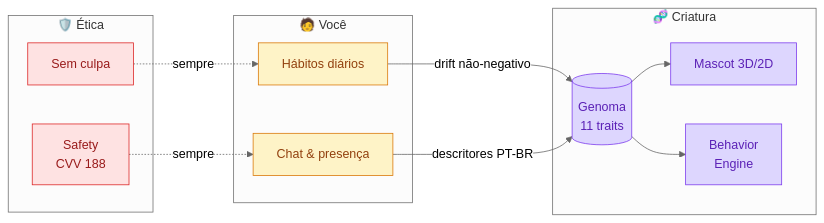
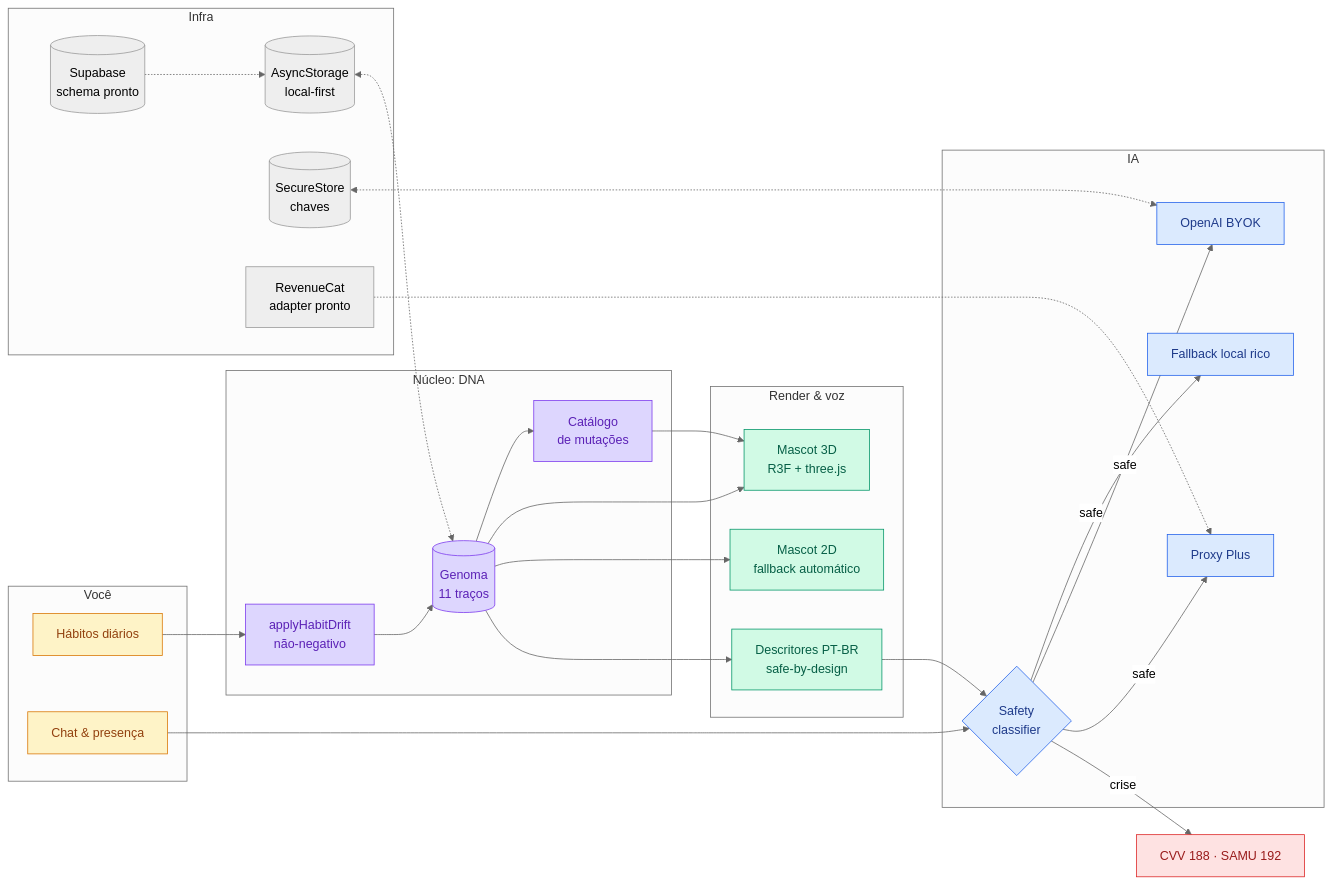
Before and after one commit to felipemenezes25000-spec/mascote: the first of 2 diagrams in README.md, drawn with Mermaid (neutral theme). The commit also changed other lines of this file, not shown here.

First line of the commit message:
docs: rewrite README with full product story, architecture and creature gallery

````diff
--- a/README.md
+++ b/README.md
@@ -91,29 +102,53 @@
 ```mermaid
 flowchart LR
-  subgraph Você["🧑 Você"]
+  subgraph Você["Você"]
     H[Hábitos diários]
     C[Chat & presença]
   end
-  subgraph Criatura["🧬 Criatura"]
-    G[(Genoma<br/>11 traits)]
-    V[Mascot 3D/2D]
-    B[Behavior<br/>Engine]
+  subgraph DNA["Núcleo: DNA"]
+    G[(Genoma<br/>11 traços)]
+    DR[applyHabitDrift<br/>não-negativo]
+    MUT[Catálogo<br/>de mutações]
   end
-  subgraph Ética["🛡️ Ética"]
-    S[Safety<br/>CVV 188]
-    P[Sem culpa]
+  subgraph Render["Render & voz"]
+    M3D[Mascot 3D<br/>R3F + three.js]
+    M2D[Mascot 2D<br/>fallback automático]
+    DESC[Descritores PT-BR<br/>safe-by-design]
   end
-  H -->|drift não-negativo| G
-  G --> V
-  G --> B
-  C -->|descritores PT-BR| G
-  S -.->|sempre| C
-  P -.->|sempre| H
+  subgraph IA["IA"]
+    L1{Safety<br/>classifier}
+    LOCAL[Fallback local rico]
+    BYOK[OpenAI BYOK]
+    PROXY[Proxy Plus]
+  end
+  subgraph Infra["Infra"]
+    AS[(AsyncStorage<br/>local-first)]
+    SS[(SecureStore<br/>chaves)]
+    SB[(Supabase<br/>schema pronto)]
+    RC[RevenueCat<br/>adapter pronto]
+  end
 
-  classDef voce fill:#FEF3C7,stroke:#D97706,color:#92400E
-  classDef criatura fill:#DDD6FE,stroke:#7C3AED,color:#5B21B6
-  classDef etica fill:#FEE2E2,stroke:#DC2626,color:#991B1B
-  class H,C voce
-  class G,V,B criatura
-  class S,P etica
+  H --> DR --> G
+  C --> L1
+  G --> MUT --> M3D
+  G --> M3D
+  G --> M2D
+  G --> DESC --> L1
+  L1 -->|safe| LOCAL & BYOK & PROXY
+  L1 -->|crise| CRISE[CVV 188 · SAMU 192]
+  AS <-.-> G
+  SS <-.-> BYOK
+  SB -.-> AS
+  RC -.-> PROXY
+
+  classDef you fill:#FEF3C7,stroke:#D97706,color:#92400E
+  classDef dna fill:#DDD6FE,stroke:#7C3AED,color:#5B21B6
+  classDef render fill:#D1FAE5,stroke:#059669,color:#065F46
+  classDef ai fill:#DBEAFE,stroke:#2563EB,color:#1E3A8A
+  classDef crisis fill:#FEE2E2,stroke:#DC2626,color:#991B1B
+  class H,C you
+  class G,DR,MUT dna
+  class M3D,M2D,DESC render
+  class L1,LOCAL,BYOK,PROXY ai
+  class CRISE crisis
 ```
````
